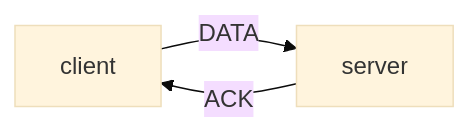
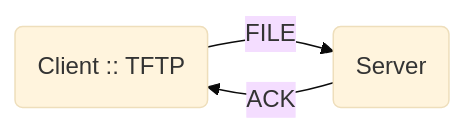
Before and after one commit to VirtualMetric/virtualmetric-docs: the third of 4 diagrams in docs/administration/devices/tftp.mdx, drawn with Mermaid (base theme). The commit also changed other lines of this file and 6 other files, not shown here.

````diff
--- a/docs/administration/devices/tftp.mdx
+++ b/docs/administration/devices/tftp.mdx
@@ -102,5 +106,7 @@
-```mermaid
-graph LR;
-  client --> |DATA| server;
-  server --> |ACK| client
-```
+  ```mermaid
+  graph LR
+    A("`Client :: TFTP`")
+    B(Server)
+    A --> |FILE| B
+    B --> |ACK| A
+  ```
````
